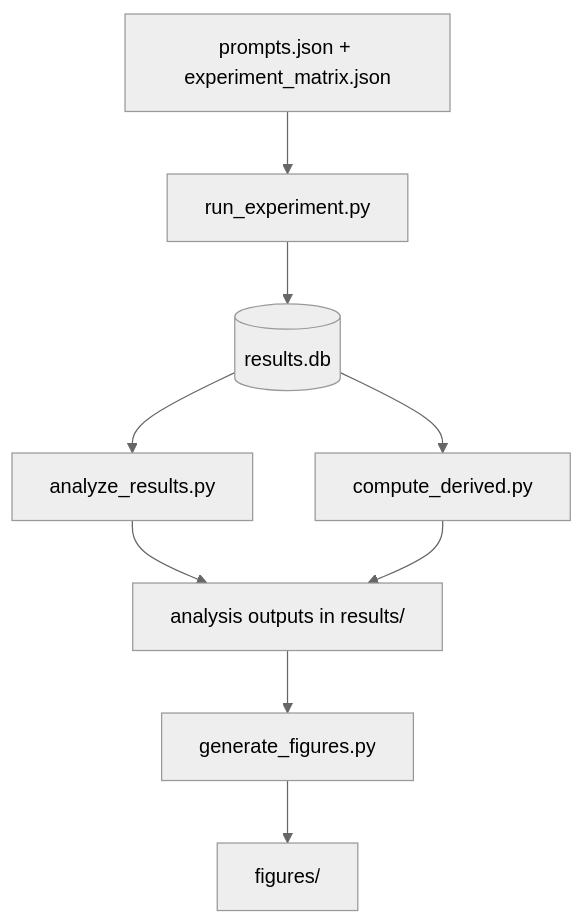
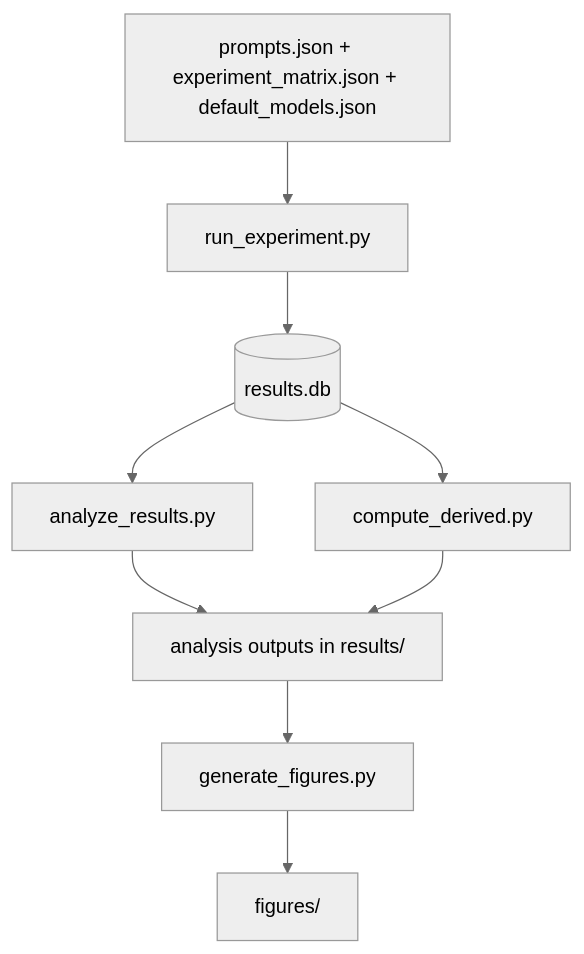
One commit to sscargal/linguistic-tax changed the second of 4 diagrams in docs/architecture.md. Above: the diagram before and after it, drawn with Mermaid (neutral theme). The commit also changed other lines of this file, not shown here.

First line of the commit message:
docs(21-03): update architecture.md for v2.0 modules and registry pattern

````diff
--- a/docs/architecture.md
+++ b/docs/architecture.md
@@ -33,11 +35,11 @@
 ```mermaid
 flowchart TD
-    A[prompts.json + experiment_matrix.json] --> B[run_experiment.py]
+    A[prompts.json + experiment_matrix.json + default_models.json] --> B[run_experiment.py]
     B --> C[(results.db)]
     C --> D[analyze_results.py]
     C --> E[compute_derived.py]
     D --> F[analysis outputs in results/]
     E --> F
     F --> G[generate_figures.py]
     G --> H[figures/]
 ```
````
